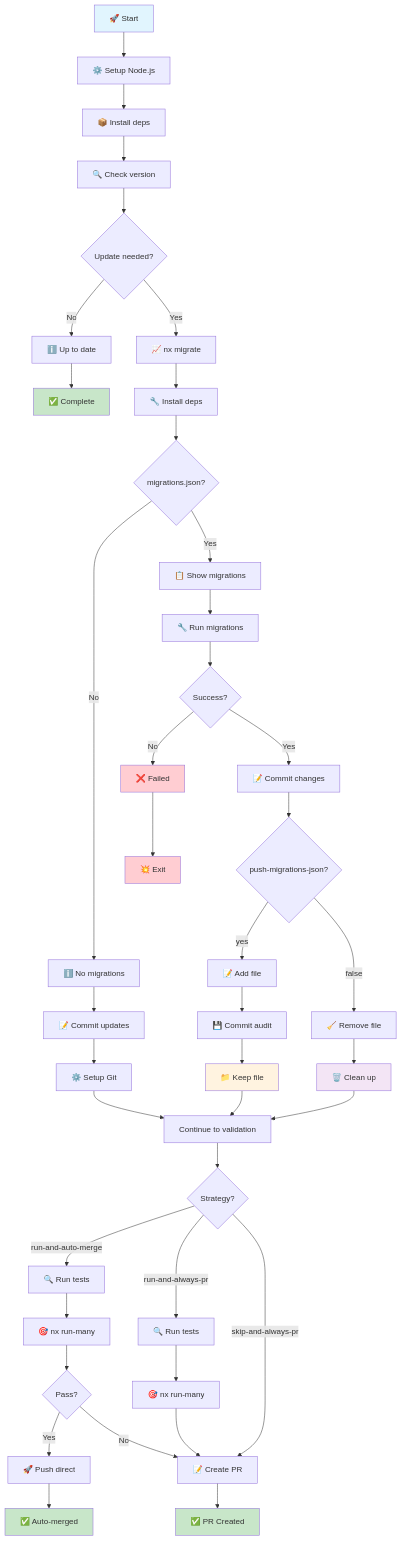
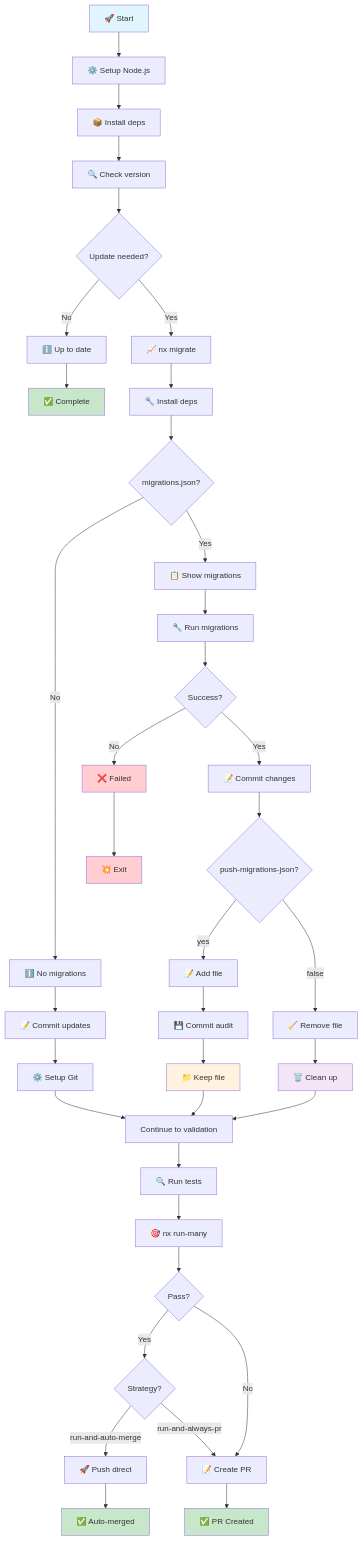
The diagram in docs/migration-flow.md (gridatek/nx-migrate-action), drawn with Mermaid before and after one commit. The commit also changed other lines of this file and 2 other files, not shown here.

````diff
--- a/docs/migration-flow.md
+++ b/docs/migration-flow.md
@@ -7,64 +7,60 @@
 ```mermaid
 flowchart TD
     A[🚀 Start] --> B[⚙️ Setup Node.js]
     B --> C[📦 Install deps]
     C --> D[🔍 Check version]
     D --> E{Update needed?}
 
     E -->|No| F[ℹ️ Up to date]
     F --> G[✅ Complete]
 
     E -->|Yes| H[📈 nx migrate]
     H --> I[🔧 Install deps]
     I --> J{migrations.json?}
 
     J -->|No| K[ℹ️ No migrations]
     K --> L[📝 Commit updates]
     L --> M[⚙️ Setup Git]
     M --> N[Continue to validation]
 
     J -->|Yes| O[📋 Show migrations]
     O --> P[🔧 Run migrations]
     P --> Q{Success?}
 
     Q -->|No| R[❌ Failed]
     R --> S[💥 Exit]
 
     Q -->|Yes| T[📝 Commit changes]
     T --> U{push-migrations-json?}
 
     U -->|yes| V[📝 Add file]
     V --> W[💾 Commit audit]
     W --> X[📁 Keep file]
     X --> N
 
     U -->|false| Y[🧹 Remove file]
     Y --> Z[🗑️ Clean up]
     Z --> N
 
-    N --> AA{Strategy?}
+    N --> AA[🔍 Run tests]
+    AA --> AB[🎯 nx run-many]
+    AB --> AC{Pass?}
 
-    AA -->|run-and-auto-merge| AB[🔍 Run tests]
-    AB --> AC[🎯 nx run-many]
-    AC --> AD{Pass?}
-    AD -->|Yes| AE[🚀 Push direct]
-    AD -->|No| AF[📝 Create PR]
+    AC -->|Yes| AD{Strategy?}
+    AD -->|run-and-auto-merge| AE[🚀 Push direct]
+    AD -->|run-and-always-pr| AF[📝 Create PR]
 
-    AA -->|run-and-always-pr| AG[🔍 Run tests]
-    AG --> AH[🎯 nx run-many]
-    AH --> AF
-
-    AA -->|skip-and-always-pr| AF
+    AC -->|No| AF
 
     AE --> AI[✅ Auto-merged]
     AF --> AJ[✅ PR Created]
 
     style A fill:#e1f5fe
     style G fill:#c8e6c9
     style AI fill:#c8e6c9
     style AJ fill:#c8e6c9
     style S fill:#ffcdd2
     style R fill:#ffcdd2
     style X fill:#fff3e0
     style Z fill:#f3e5f5
 ```
````
